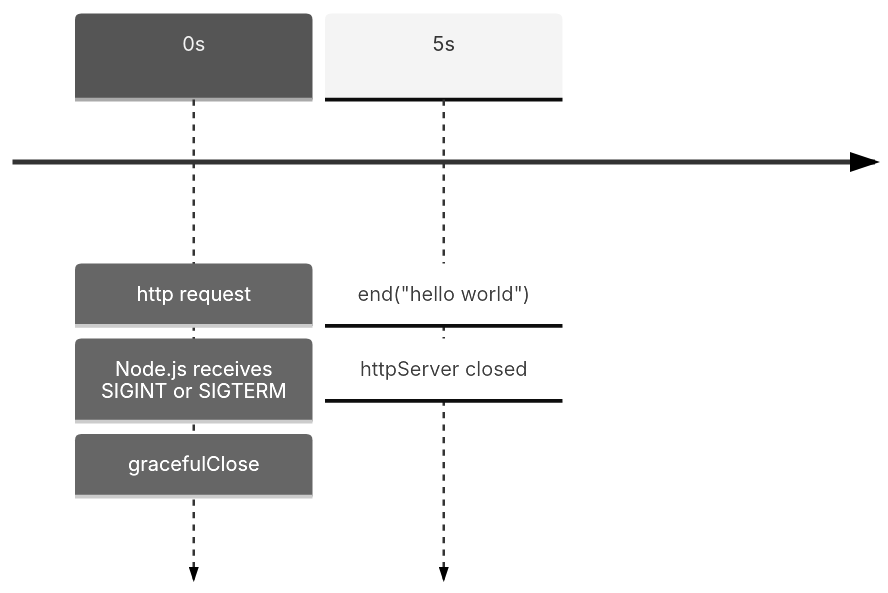
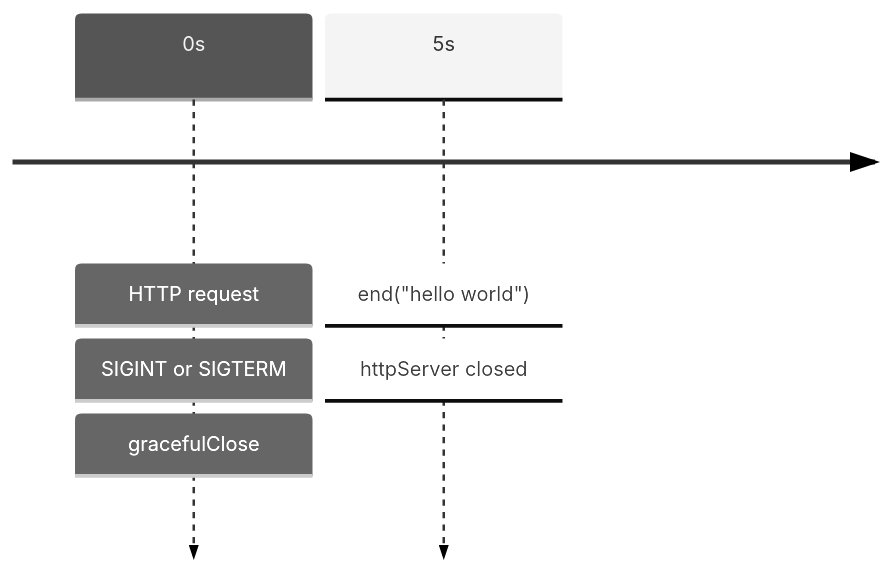
One commit to samuel871211/yusheng-tech-blog changed the first of 2 diagrams in docs/nodejs/http-gracefully-close-server.md. Above: the diagram before and after it, drawn with Mermaid (neutral theme). The commit also changed other lines of this file, not shown here.

Commit message:
http-gracefully-close-server

````diff
--- a/docs/nodejs/http-gracefully-close-server.md
+++ b/docs/nodejs/http-gracefully-close-server.md
@@ -134,8 +135,8 @@
 ```mermaid
 timeline
-    0s: http request
-      : Node.js receives SIGINT or SIGTERM
+    0s: HTTP request
+      : SIGINT or SIGTERM
       : gracefulClose
     5s: end("hello world")
       : httpServer closed
 ```
````
